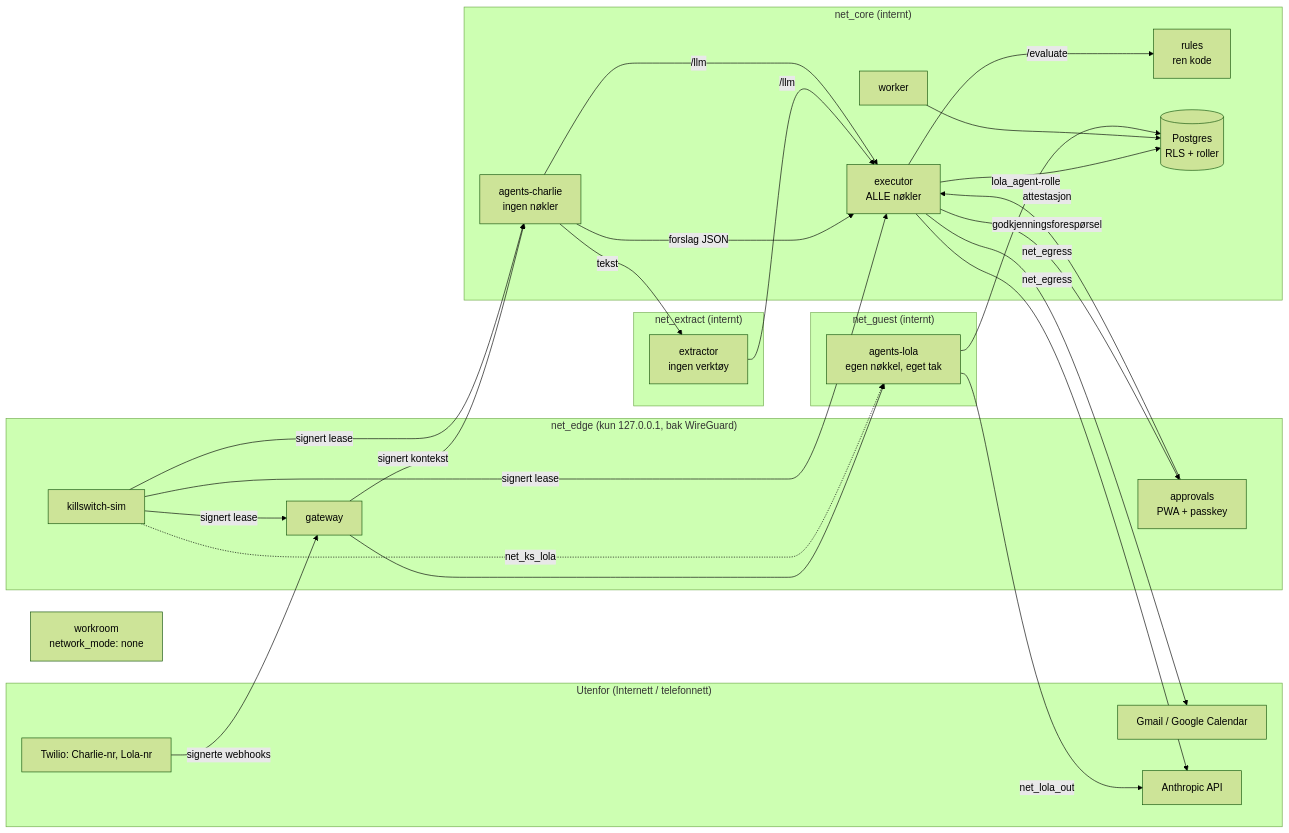
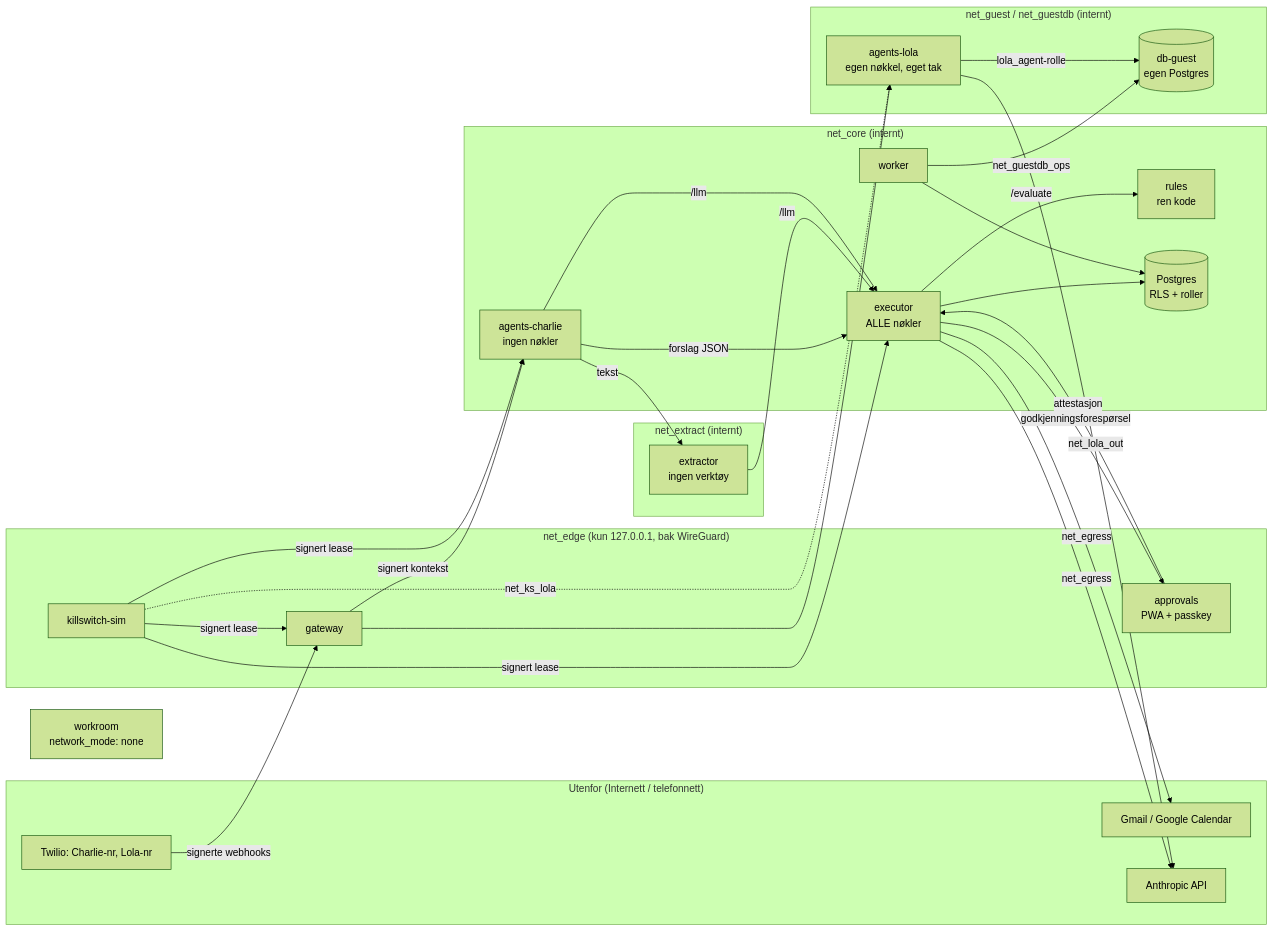
Before and after one commit to Simennha/forhandsgodkjente-utvekslingsemner: the diagram in charlie/docs/architecture.md, drawn with Mermaid (forest theme). The commit also changed other lines of this file and 43 other files, not shown here.

````diff
--- a/charlie/docs/architecture.md
+++ b/charlie/docs/architecture.md
@@ -8,51 +8,53 @@
 ```mermaid
 flowchart LR
   subgraph Ute["Utenfor (Internett / telefonnett)"]
     TW[Twilio: Charlie-nr, Lola-nr]
     GM[Gmail / Google Calendar]
     AN[Anthropic API]
   end
 
   subgraph Edge["net_edge (kun 127.0.0.1, bak WireGuard)"]
     GW[gateway]
     AP[approvals<br/>PWA + passkey]
     KSS[killswitch-sim]
   end
 
   subgraph Core["net_core (internt)"]
     RU[rules<br/>ren kode]
     EX[executor<br/>ALLE nøkler]
     CH[agents-charlie<br/>ingen nøkler]
     WK[worker]
     DB[(Postgres<br/>RLS + roller)]
   end
 
   subgraph Extract["net_extract (internt)"]
     XT[extractor<br/>ingen verktøy]
   end
 
-  subgraph Guest["net_guest (internt)"]
+  subgraph Guest["net_guest / net_guestdb (internt)"]
     LO[agents-lola<br/>egen nøkkel, eget tak]
+    GDB[(db-guest<br/>egen Postgres)]
   end
 
   WR[workroom<br/>network_mode: none]
 
   TW -->|signerte webhooks| GW
   GW -->|signert kontekst| CH
   GW --> LO
   CH -->|forslag JSON| EX
   CH -->|tekst| XT
   XT -->|/llm| EX
   CH -->|/llm| EX
   EX -->|/evaluate| RU
   EX -->|godkjenningsforespørsel| AP
   AP -->|attestasjon| EX
   EX -->|net_egress| AN
   EX -->|net_egress| GM
   EX --> DB
   WK --> DB
   LO -->|net_lola_out| AN
-  LO -->|lola_agent-rolle| DB
+  LO -->|lola_agent-rolle| GDB
+  WK -->|net_guestdb_ops| GDB
   KSS -->|signert lease| GW & EX & CH
   KSS -.->|net_ks_lola| LO
 ```
````
